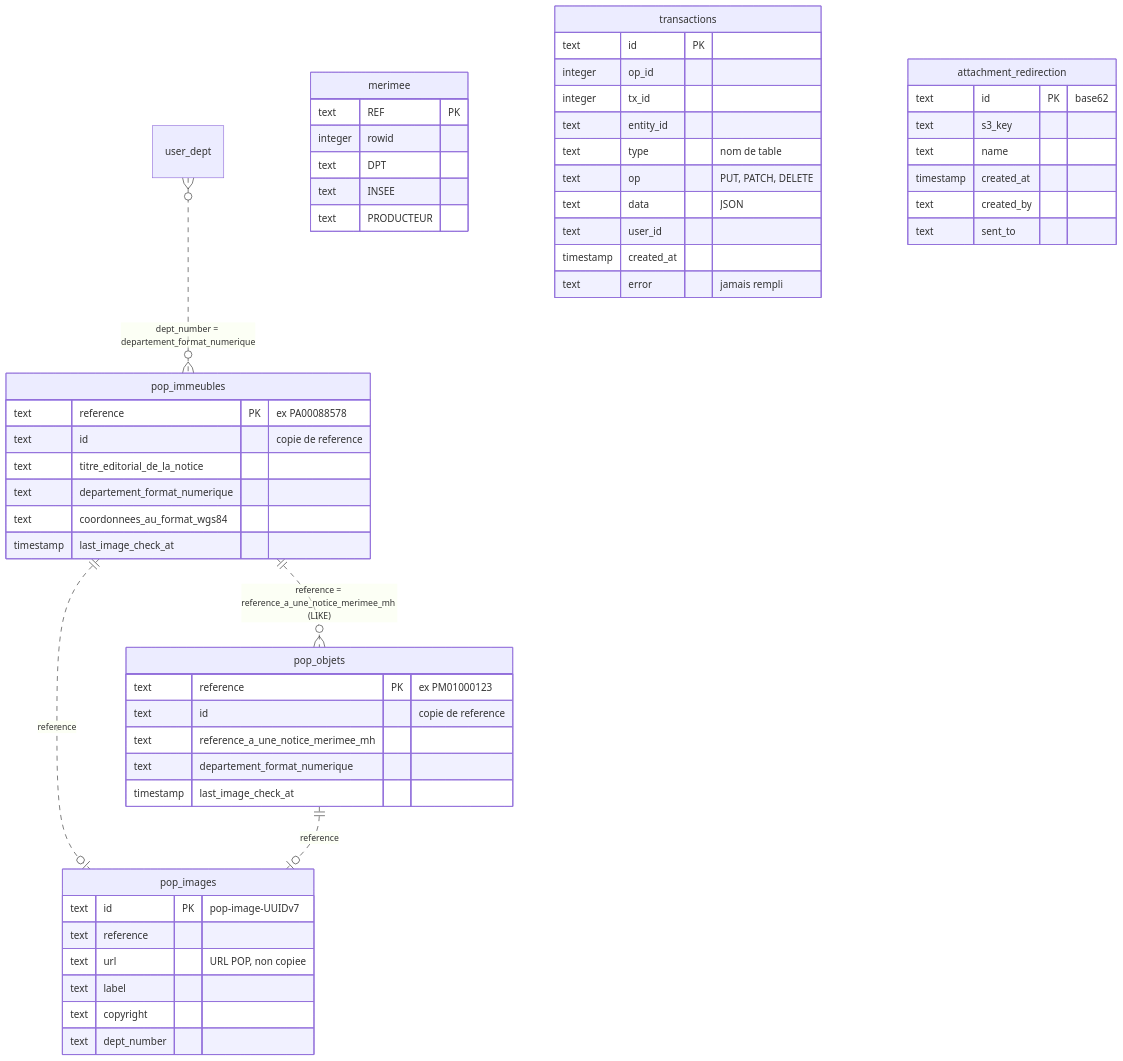
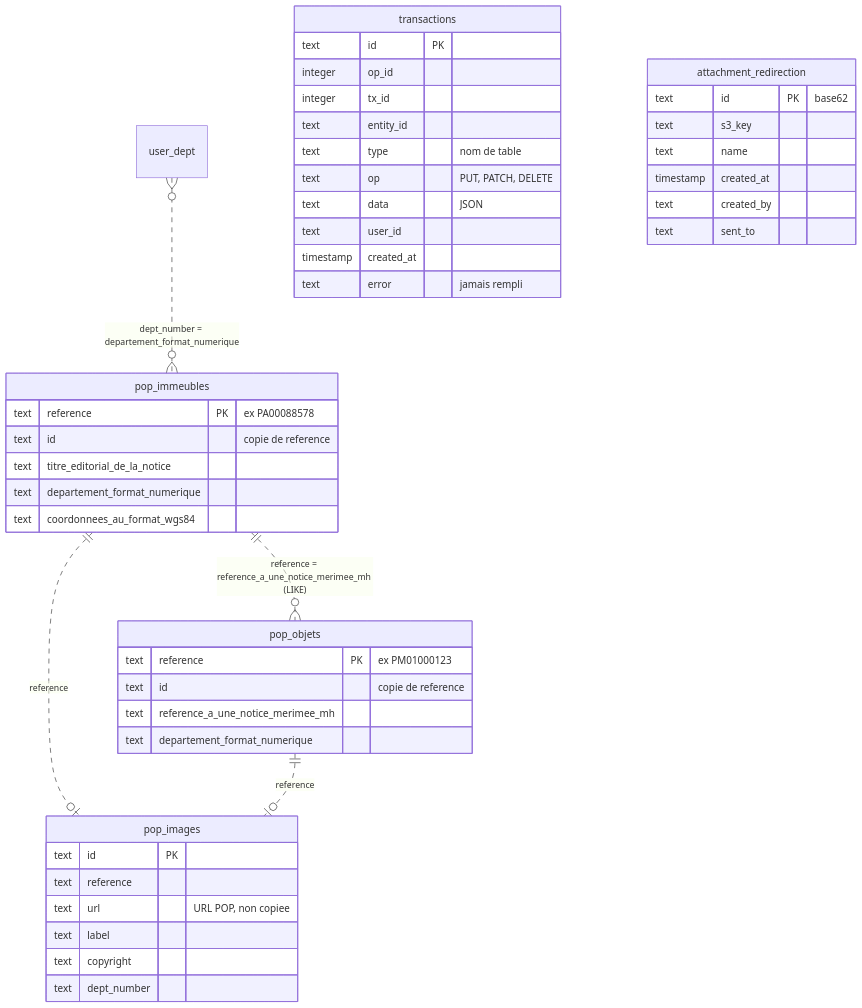
The fourth of 4 diagrams in docs/06-modele-de-donnees.md (betagouv/patrinotes), drawn with Mermaid before and after one commit. The commit also changed other lines of this file and 18 other files, not shown here.

````diff
--- a/docs/06-modele-de-donnees.md
+++ b/docs/06-modele-de-donnees.md
@@ -342,58 +332,49 @@
 ```mermaid
 erDiagram
     pop_immeubles ||..o{ pop_objets : "reference = reference_a_une_notice_merimee_mh (LIKE)"
     pop_immeubles ||..o| pop_images : "reference"
     pop_objets ||..o| pop_images : "reference"
     user_dept }o..o{ pop_immeubles : "dept_number = departement_format_numerique"
 
     pop_immeubles {
         text reference PK "ex PA00088578"
         text id "copie de reference"
         text titre_editorial_de_la_notice
         text departement_format_numerique
         text coordonnees_au_format_wgs84
-        timestamp last_image_check_at
     }
     pop_objets {
         text reference PK "ex PM01000123"
         text id "copie de reference"
         text reference_a_une_notice_merimee_mh
         text departement_format_numerique
-        timestamp last_image_check_at
     }
     pop_images {
-        text id PK "pop-image-UUIDv7"
+        text id PK
         text reference
         text url "URL POP, non copiee"
         text label
         text copyright
         text dept_number
-    }
-    merimee {
-        text REF PK
-        integer rowid
-        text DPT
-        text INSEE
-        text PRODUCTEUR
     }
     transactions {
         text id PK
         integer op_id
         integer tx_id
         text entity_id
         text type "nom de table"
         text op "PUT, PATCH, DELETE"
         text data "JSON"
         text user_id
         timestamp created_at
         text error "jamais rempli"
     }
     attachment_redirection {
         text id PK "base62"
         text s3_key
         text name
         timestamp created_at
         text created_by
         text sent_to
     }
 ```
````
